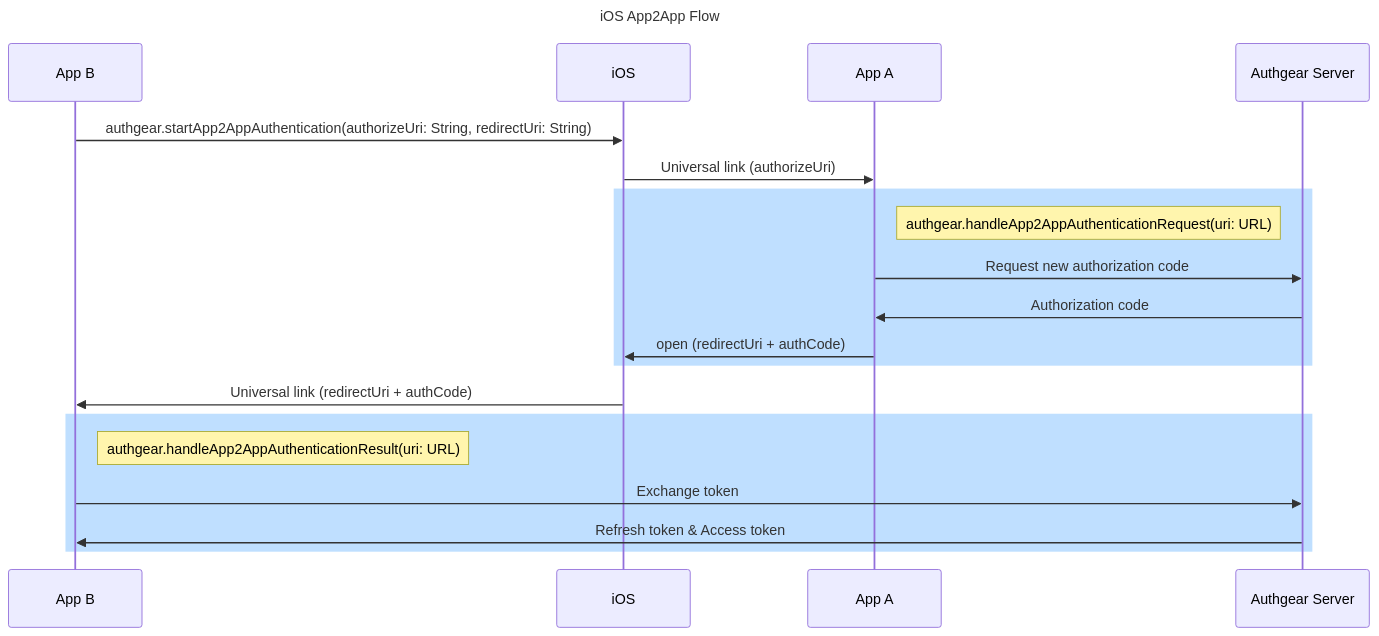
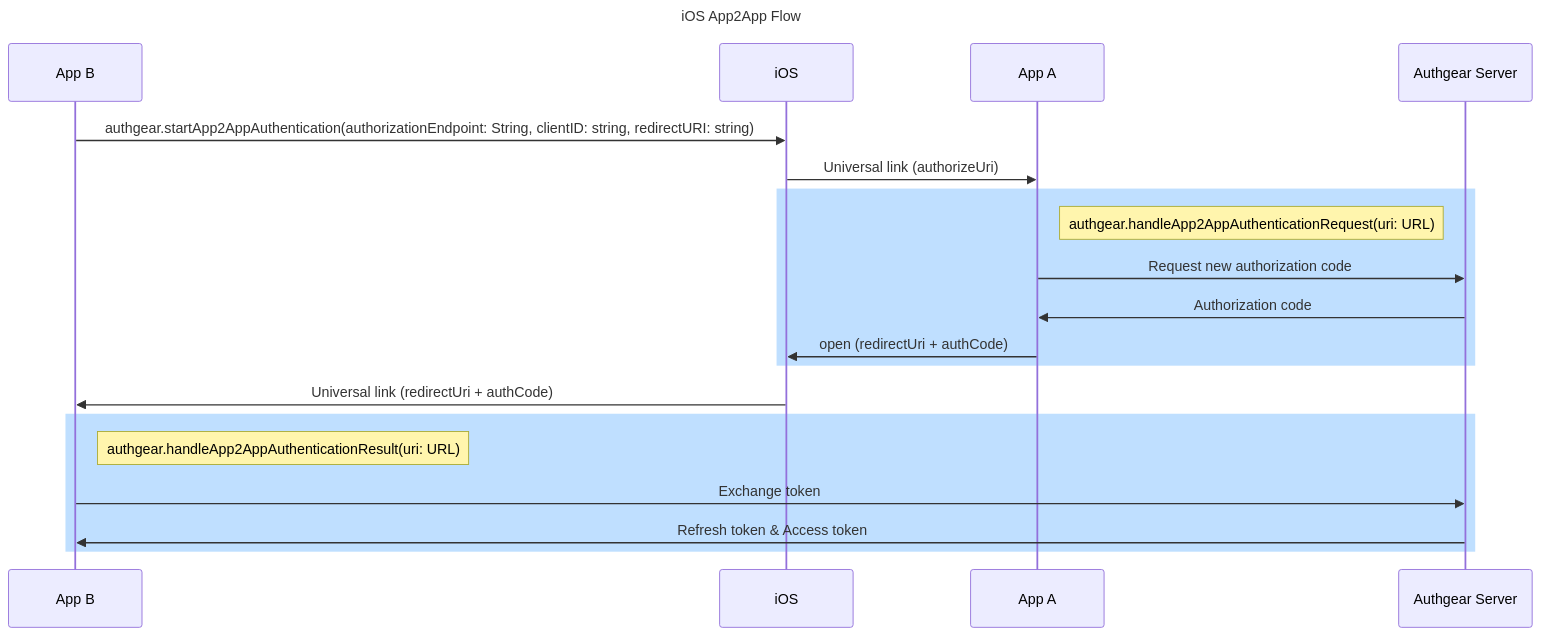
One commit to authgear/authgear-server changed the second of 2 diagrams in docs/specs/app2app.md. Above: the diagram before and after it, drawn with Mermaid. The commit also changed other lines of this file, not shown here.

Commit message:
Update app2app spec with new sdk design and handled more cases

````diff
--- a/docs/specs/app2app.md
+++ b/docs/specs/app2app.md
@@ -133,24 +133,24 @@
 ```mermaid
 sequenceDiagram
     Title iOS App2App Flow
     participant B as App B
     participant O as iOS
     participant A as App A
     participant S as Authgear Server
 
-    B ->> O: authgear.startApp2AppAuthentication(authorizeUri: String, redirectUri: String)
+    B ->> O: authgear.startApp2AppAuthentication(authorizationEndpoint: String, clientID: string, redirectURI: string)
     O ->> A: Universal link (authorizeUri)
     rect rgb(191, 223, 255)
     note right of A: authgear.handleApp2AppAuthenticationRequest(uri: URL)
     A ->> S: Request new authorization code
     S ->> A: Authorization code
     A ->> O: open (redirectUri + authCode)
     end
     O ->> B: Universal link (redirectUri + authCode)
 
     rect rgb(191, 223, 255)
     note right of B: authgear.handleApp2AppAuthenticationResult(uri: URL)
     B ->> S: Exchange token
     S ->> B: Refresh token & Access token
     end
 ```
````
